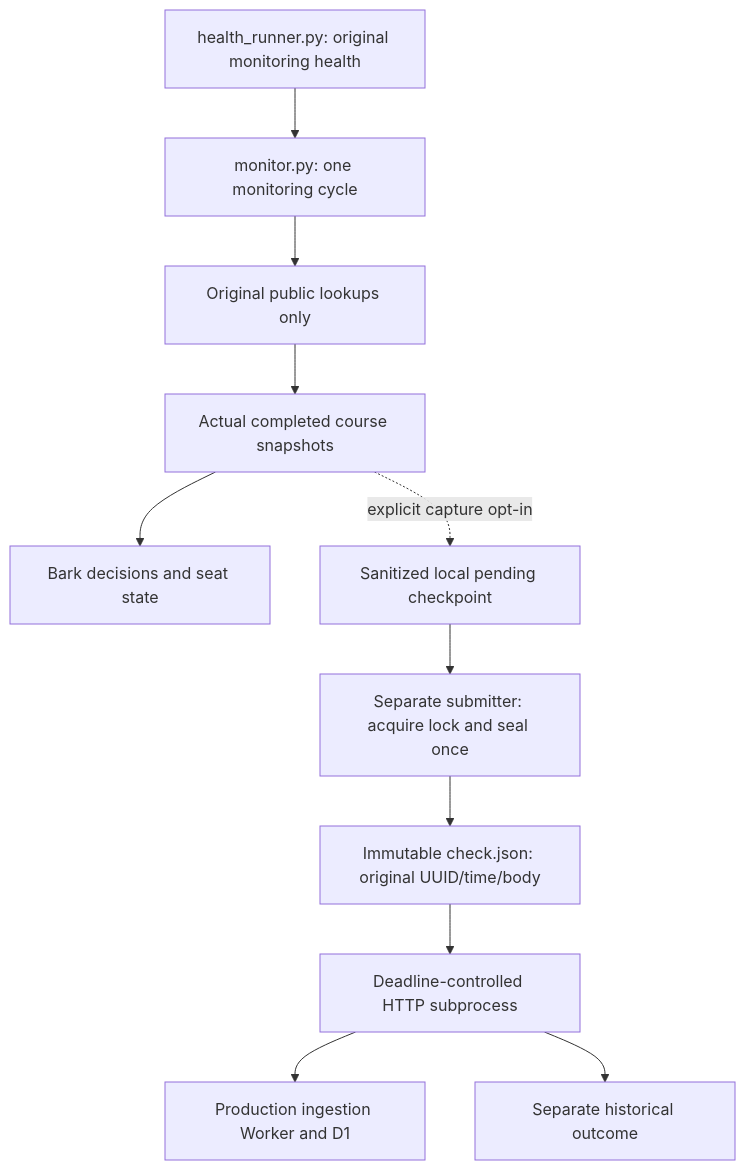
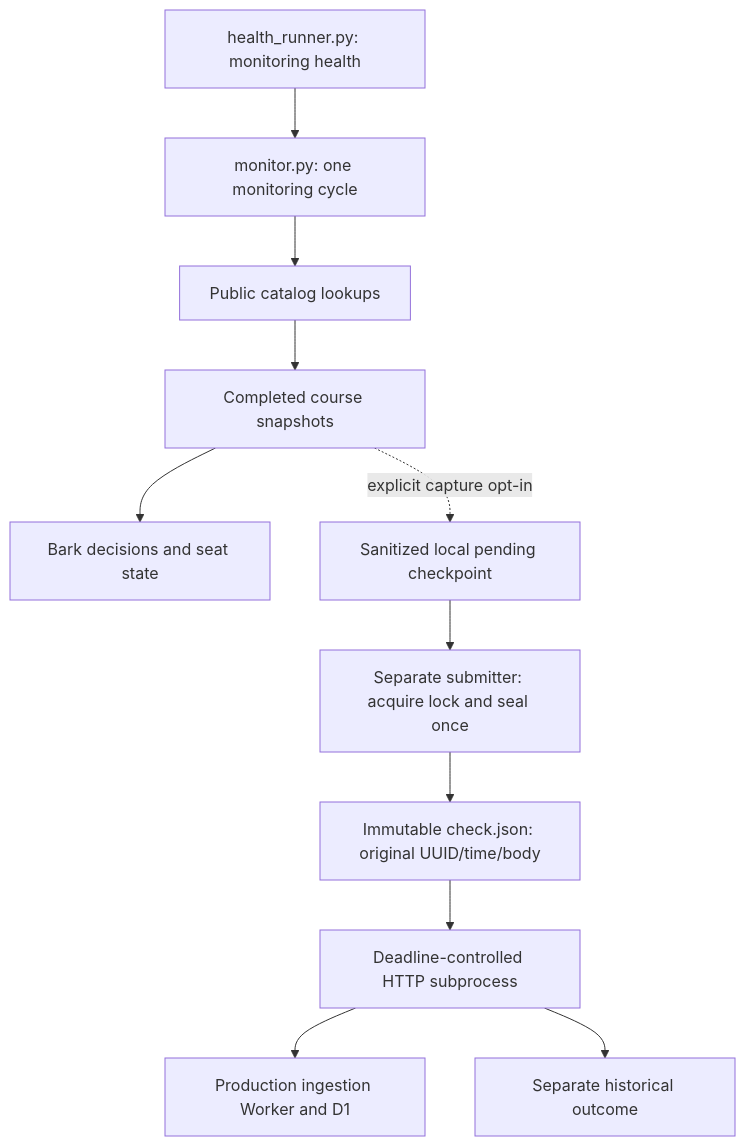
The diagram in docs/LIVE_HISTORY_ADAPTER.md (BirdIsOffline/gmu-seat-monitor), drawn with Mermaid before and after one commit. The commit also changed other lines of this file and 14 other files, not shown here.

````diff
--- a/docs/LIVE_HISTORY_ADAPTER.md
+++ b/docs/LIVE_HISTORY_ADAPTER.md
@@ -13,13 +13,13 @@
 ```mermaid
 flowchart TD
-    Health[health_runner.py: original monitoring health] --> Monitor[monitor.py: one monitoring cycle]
-    Monitor --> GMU[Original public lookups only]
-    GMU --> Completed[Actual completed course snapshots]
+    Health[health_runner.py: monitoring health] --> Monitor[monitor.py: one monitoring cycle]
+    Monitor --> GMU[Public catalog lookups]
+    GMU --> Completed[Completed course snapshots]
     Completed --> Alert[Bark decisions and seat state]
     Completed -. explicit capture opt-in .-> Pending[Sanitized local pending checkpoint]
     Pending --> Seal[Separate submitter: acquire lock and seal once]
     Seal --> Body[Immutable check.json: original UUID/time/body]
     Body --> Worker[Deadline-controlled HTTP subprocess]
     Worker --> D1[Production ingestion Worker and D1]
     Worker --> Report[Separate historical outcome]
 ```
````
